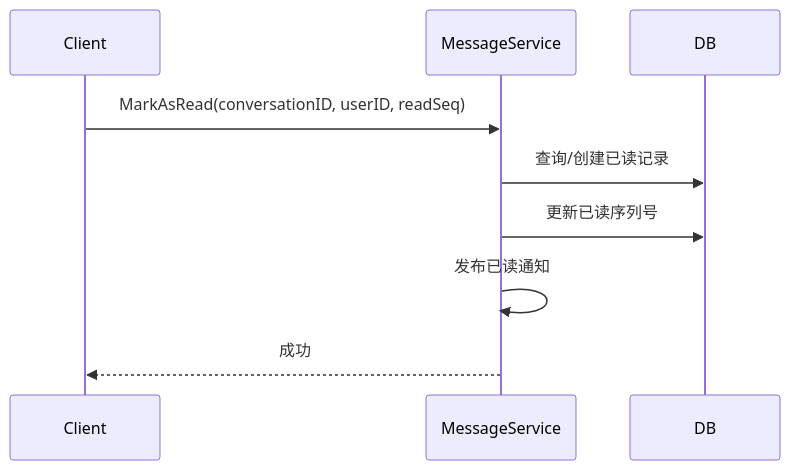
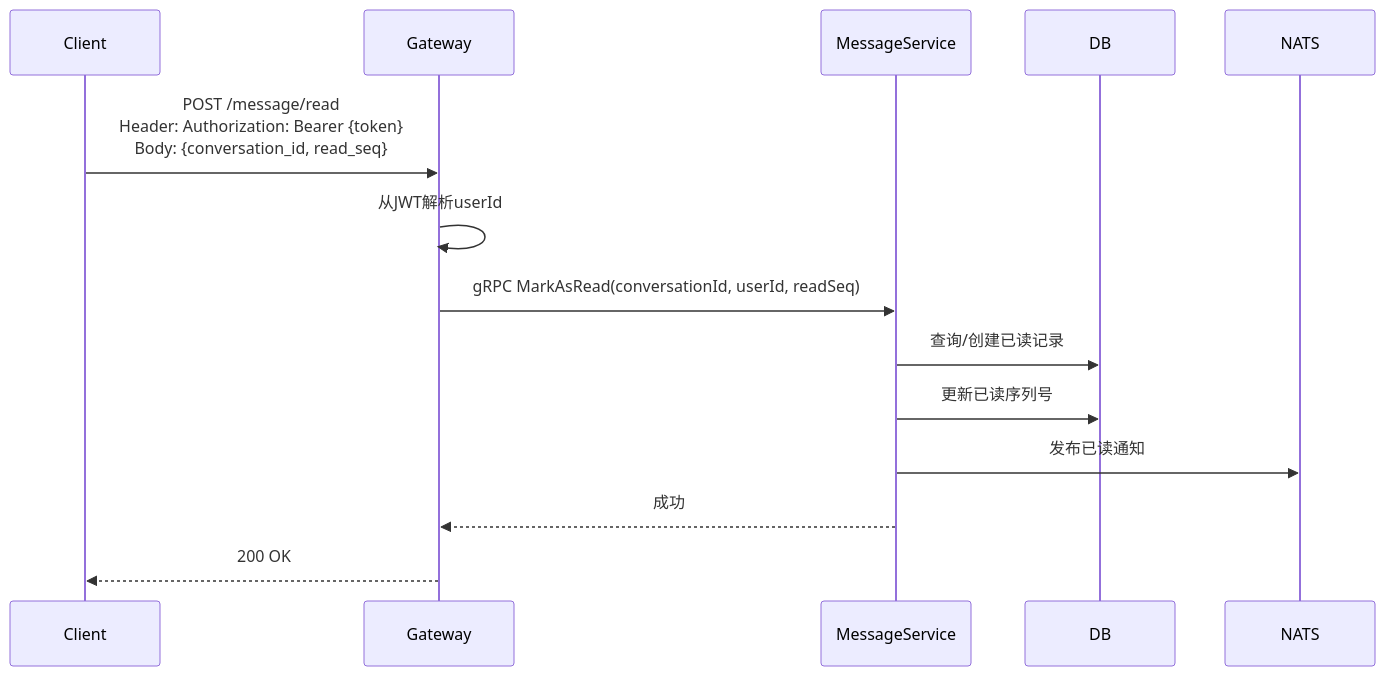
One commit to yzhgit/anychat-server changed the first of 3 diagrams in docs/design/message/read-receipt.md. Above: the diagram before and after it, drawn with Mermaid. The commit also changed other lines of this file and 30 other files, not shown here.

First line of the commit message:
docs: 更新设计文档时序图，添加Gateway和NATS参与者

````diff
--- a/docs/design/message/read-receipt.md
+++ b/docs/design/message/read-receipt.md
@@ -32,12 +32,17 @@
 ```mermaid
 sequenceDiagram
     participant Client
+    participant Gateway
     participant MessageService
     participant DB
+    participant NATS
 
-    Client->>MessageService: MarkAsRead(conversationID, userID, readSeq)
+    Client->>Gateway: POST /message/read<br/>Header: Authorization: Bearer {token}<br/>Body: {conversation_id, read_seq}
+    Gateway->>Gateway: 从JWT解析userId
+    Gateway->>MessageService: gRPC MarkAsRead(conversationId, userId, readSeq)
     MessageService->>DB: 查询/创建已读记录
     MessageService->>DB: 更新已读序列号
-    MessageService->>MessageService: 发布已读通知
-    MessageService-->>Client: 成功
+    MessageService->>NATS: 发布已读通知
+    MessageService-->>Gateway: 成功
+    Gateway-->>Client: 200 OK
 ```
````
